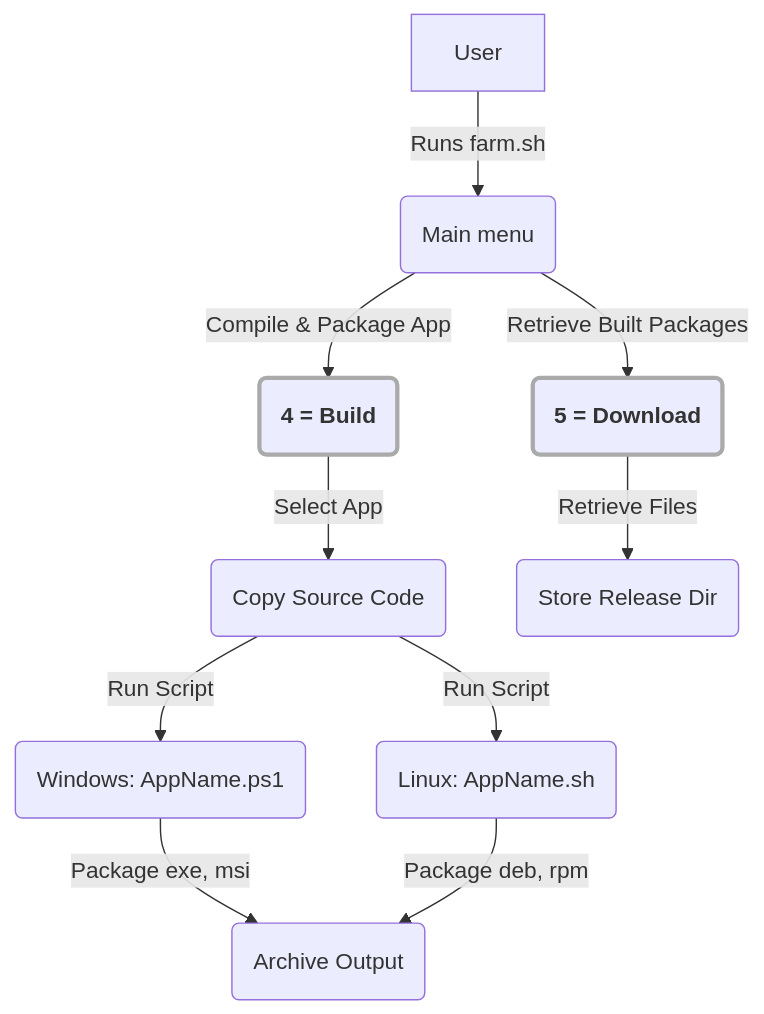
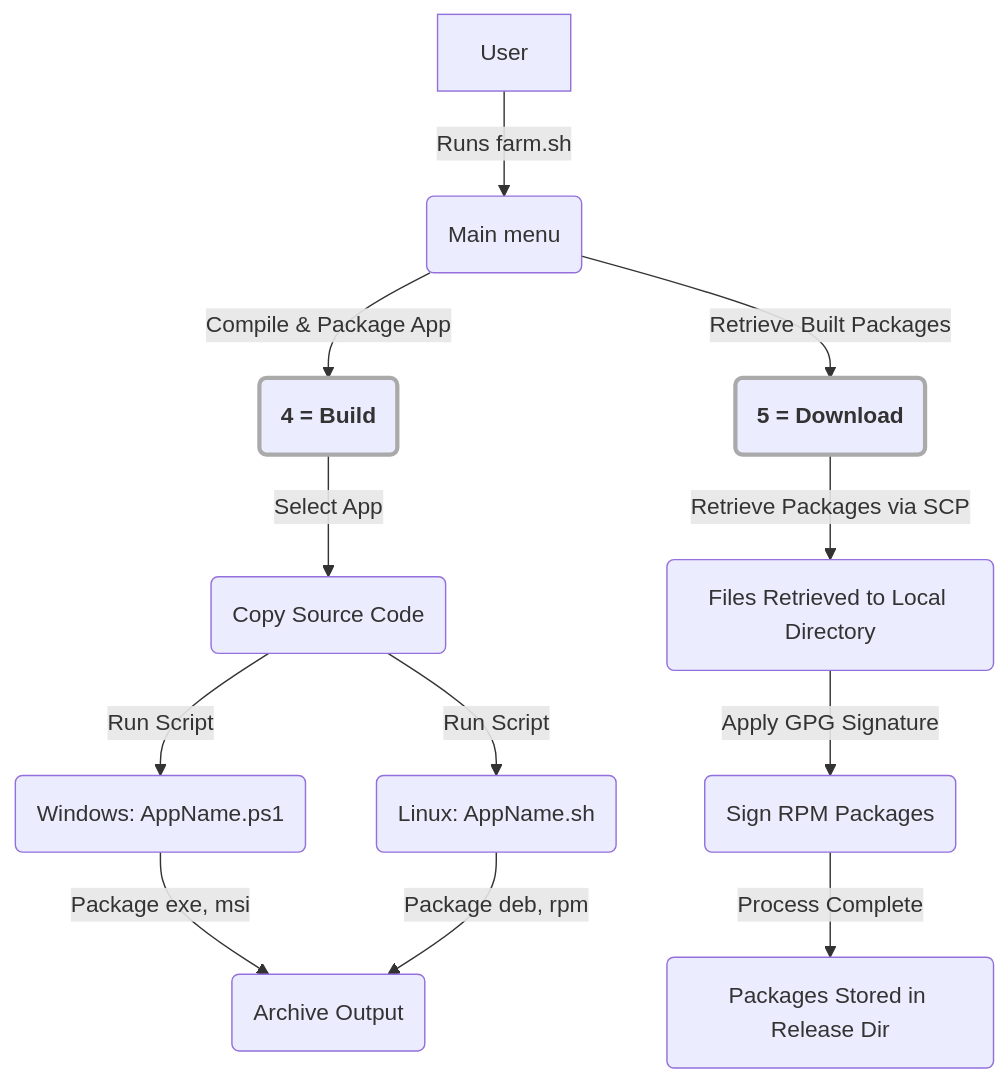
Before and after one commit to MarelisAdlatus/java-build-farm: the second of 3 diagrams in README.md, drawn with Mermaid. The commit also changed other lines of this file and 6 other files, not shown here.

````diff
--- a/README.md
+++ b/README.md
@@ -172,18 +175,20 @@
 ```mermaid
 graph TD;
     A[User] -->|Runs farm.sh| B(Main menu);
 
     B -->|Compile & Package App| C4(4 = Build);
     B -->|Retrieve Built Packages| C5(5 = Download);
 
     C4 -->|Select App| E1(Copy Source Code);
     E1 -->|Run Script| E2(Windows: AppName.ps1);
     E1 -->|Run Script| E3(Linux: AppName.sh);
     E2 -->|Package exe, msi| F1(Archive Output);
     E3 -->|Package deb, rpm| F1;
 
-    C5 -->|Retrieve Files| G1(Store Release Dir);
+    C5 -->|Retrieve Packages via SCP| H1(Files Retrieved to Local Directory);
+    H1 -->|Apply GPG Signature| G1(Sign RPM Packages);
+    G1 -->|Process Complete| I1(Packages Stored in Release Dir);
 
     style C4 stroke:#aaa,stroke-width:3px,font-weight:bold;
     style C5 stroke:#aaa,stroke-width:3px,font-weight:bold;
 ```
````
